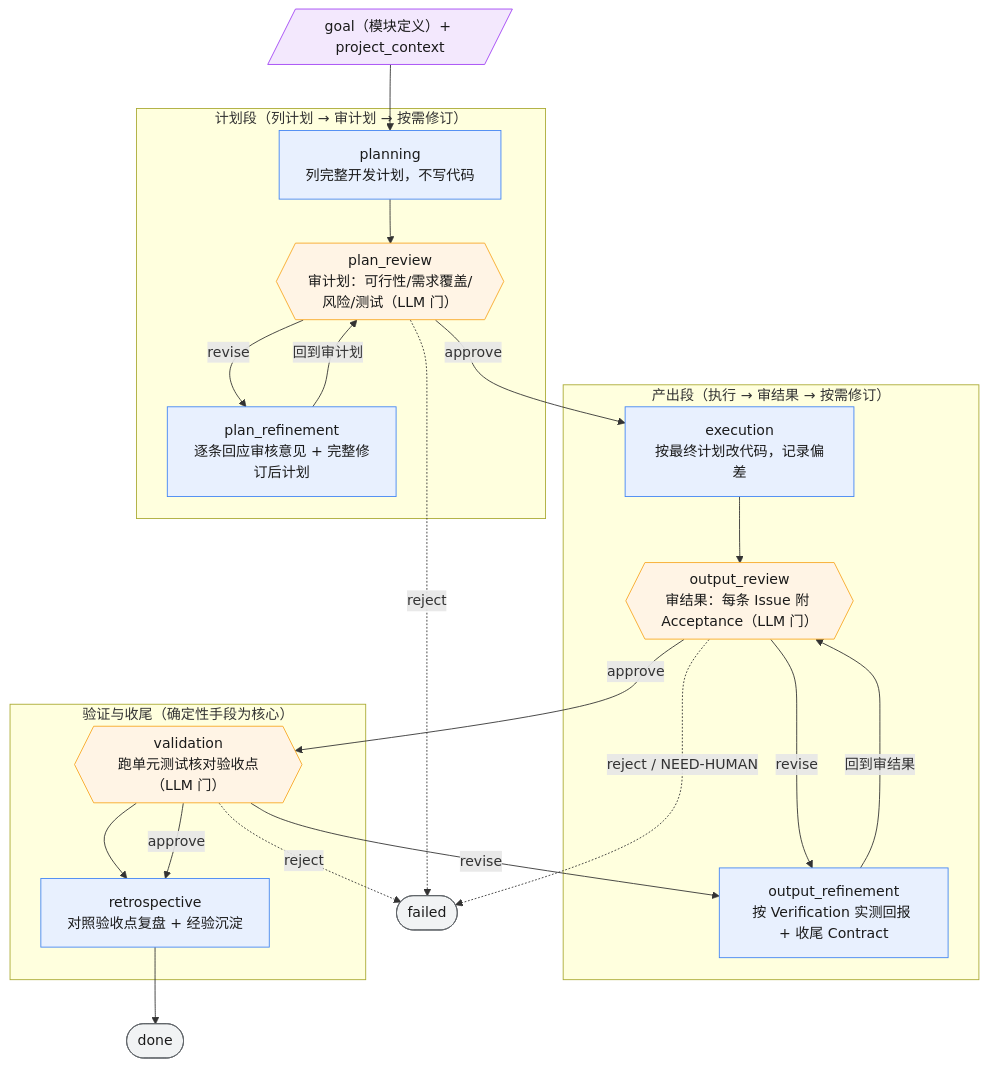
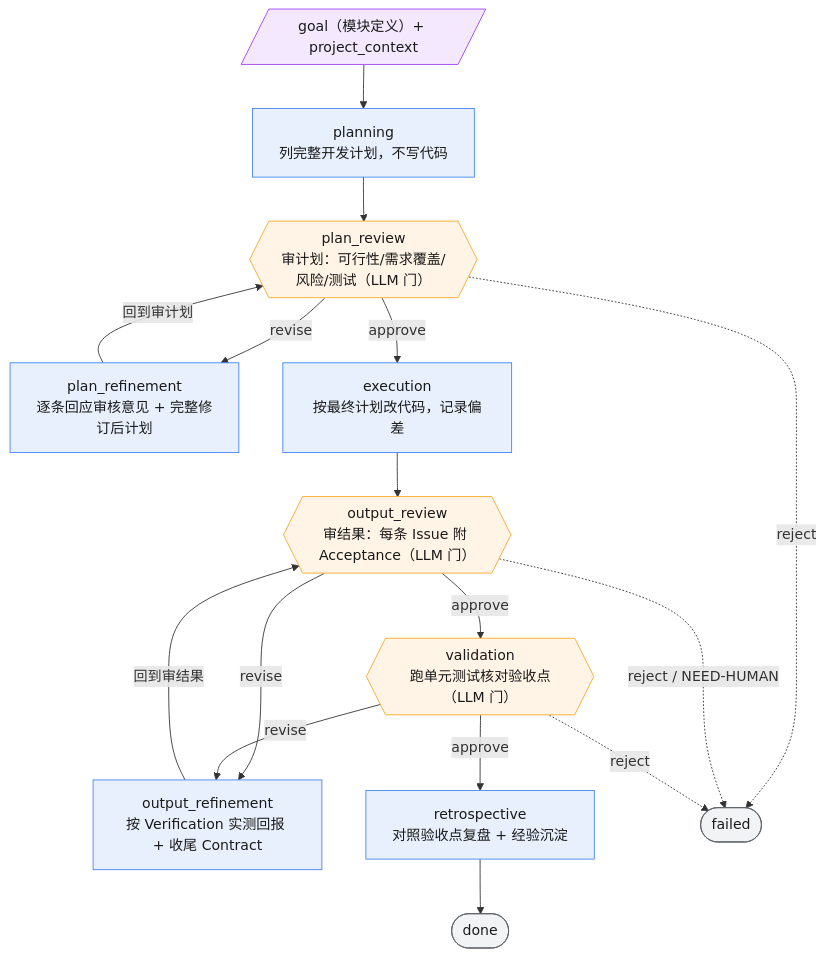
One commit to fengxinyhyl/agent-workflow changed the diagram in workflows/spec-dev/README.md. Above: the diagram before and after it, drawn with Mermaid. The commit also changed 12 other files, not shown here.

````diff
--- a/workflows/spec-dev/README.md
+++ b/workflows/spec-dev/README.md
@@ -29,47 +29,44 @@
 ```mermaid
 flowchart TD
     GOAL[/"goal（模块定义）+ project_context"/]
 
-    subgraph PLAN["计划段（列计划 → 审计划 → 按需修订）"]
-        PL["planning<br/>列完整开发计划，不写代码"]
-        PR{{"plan_review<br/>审计划：可行性/需求覆盖/风险/测试（LLM 门）"}}
-        PRF["plan_refinement<br/>逐条回应审核意见 + 完整修订后计划"]
-        PL --> PR
-        PR -->|"revise"| PRF
-        PRF -->|"回到审计划"| PR
-    end
+    GOAL --> PL
 
-    subgraph EXEC["产出段（执行 → 审结果 → 按需修订）"]
-        EX["execution<br/>按最终计划改代码，记录偏差"]
-        OR{{"output_review<br/>审结果：每条 Issue 附 Acceptance（LLM 门）"}}
-        ORF["output_refinement<br/>按 Verification 实测回报 + 收尾 Contract"]
-        EX --> OR
-        OR -->|"revise"| ORF
-        ORF -->|"回到审结果"| OR
-    end
+    PL["planning<br/>列完整开发计划，不写代码"]
+    PR{{"plan_review<br/>审计划：可行性/需求覆盖/风险/测试（LLM 门）"}}
+    PRF["plan_refinement<br/>逐条回应审核意见 + 完整修订后计划"]
 
-    subgraph VAL["验证与收尾（确定性手段为核心）"]
-        VD{{"validation<br/>跑单元测试核对验收点（LLM 门）"}}
-        RETRO["retrospective<br/>对照验收点复盘 + 经验沉淀"]
-        VD --> RETRO
-    end
+    PL --> PR
+    PR -->|"revise"| PRF
+    PRF -->|"回到审计划"| PR
+    PR -->|"approve"| EX
 
-    GOAL --> PL
-    PR -->|"approve"| EX
+    EX["execution<br/>按最终计划改代码，记录偏差"]
+    OR{{"output_review<br/>审结果：每条 Issue 附 Acceptance（LLM 门）"}}
+    ORF["output_refinement<br/>按 Verification 实测回报 + 收尾 Contract"]
+
+    EX --> OR
+    OR -->|"revise"| ORF
+    ORF -->|"回到审结果"| OR
     OR -->|"approve"| VD
+
+    VD{{"validation<br/>跑单元测试核对验收点（LLM 门）"}}
+    RETRO["retrospective<br/>对照验收点复盘 + 经验沉淀"]
+
     VD -->|"revise"| ORF
     VD -->|"approve"| RETRO
     RETRO --> DONE(["done"])
+
     PR -.->|"reject"| FAIL(["failed"])
     OR -.->|"reject / NEED-HUMAN"| FAIL
     VD -.->|"reject"| FAIL
 
     classDef model fill:#e8f0fe,stroke:#4285f4,color:#1a1a1a;
     classDef gate fill:#fff4e5,stroke:#f9a825,color:#1a1a1a;
     classDef artifact fill:#f3e8fd,stroke:#a142f4,color:#1a1a1a;
     classDef term fill:#f1f3f4,stroke:#5f6368,color:#1a1a1a;
     class PL,PRF,EX,ORF,RETRO model;
     class PR,OR,VD gate;
     class GOAL artifact;
     class DONE,FAIL term;
 ```
````
